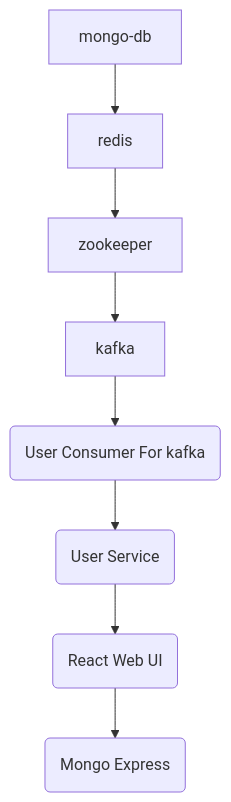
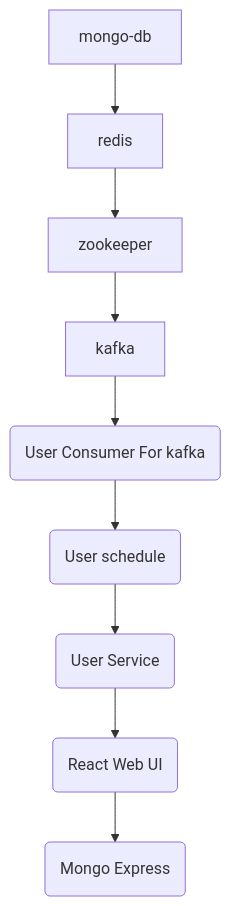
One commit to Rafat97/real-time-user-dashboard changed the first of 5 diagrams in README.md. Above: the diagram before and after it, drawn with Mermaid. The commit also changed 3 other files, not shown here.

````diff
--- a/README.md
+++ b/README.md
@@ -48,13 +48,14 @@
 ```mermaid
 
 graph TD;
     mongo-db--> 
     redis --> 
     zookeeper --> 
     kafka -->
     user-create-consumer(User Consumer For kafka) --> 
+    user-schedule(User schedule) --> 
     user(User Service) -->
     web-ui(React Web UI) -->
     management-mongo(Mongo Express);
     
 ```
````
